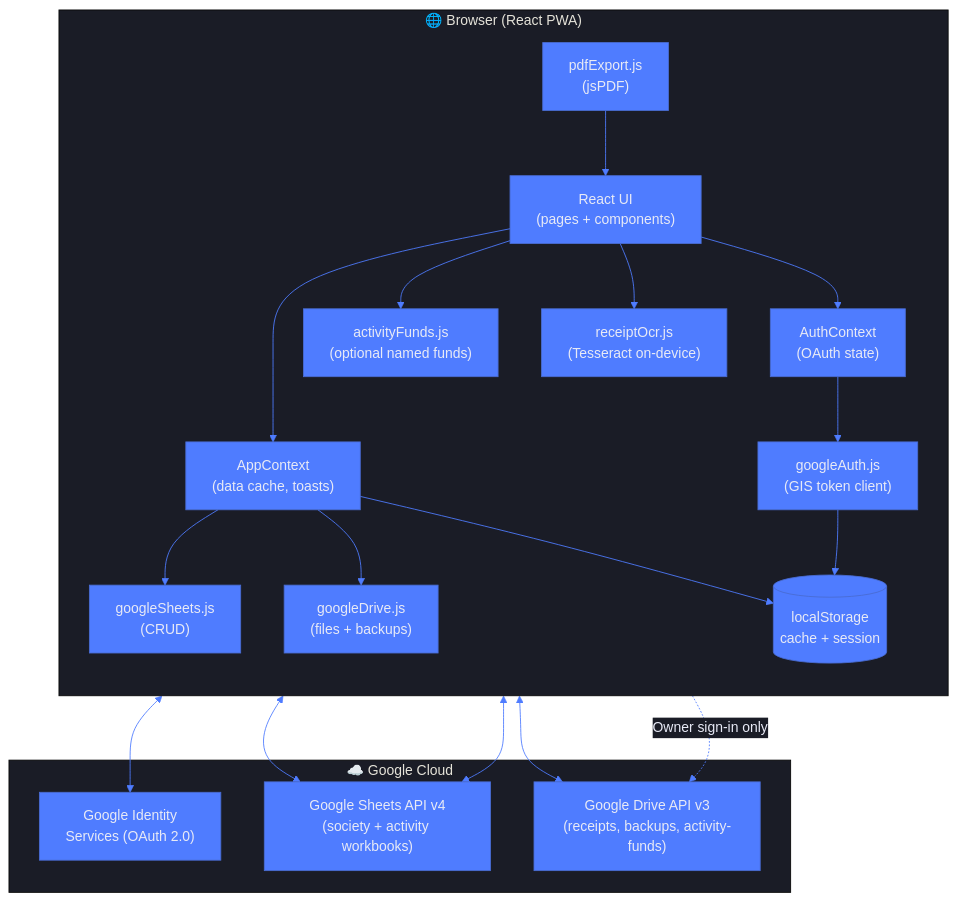
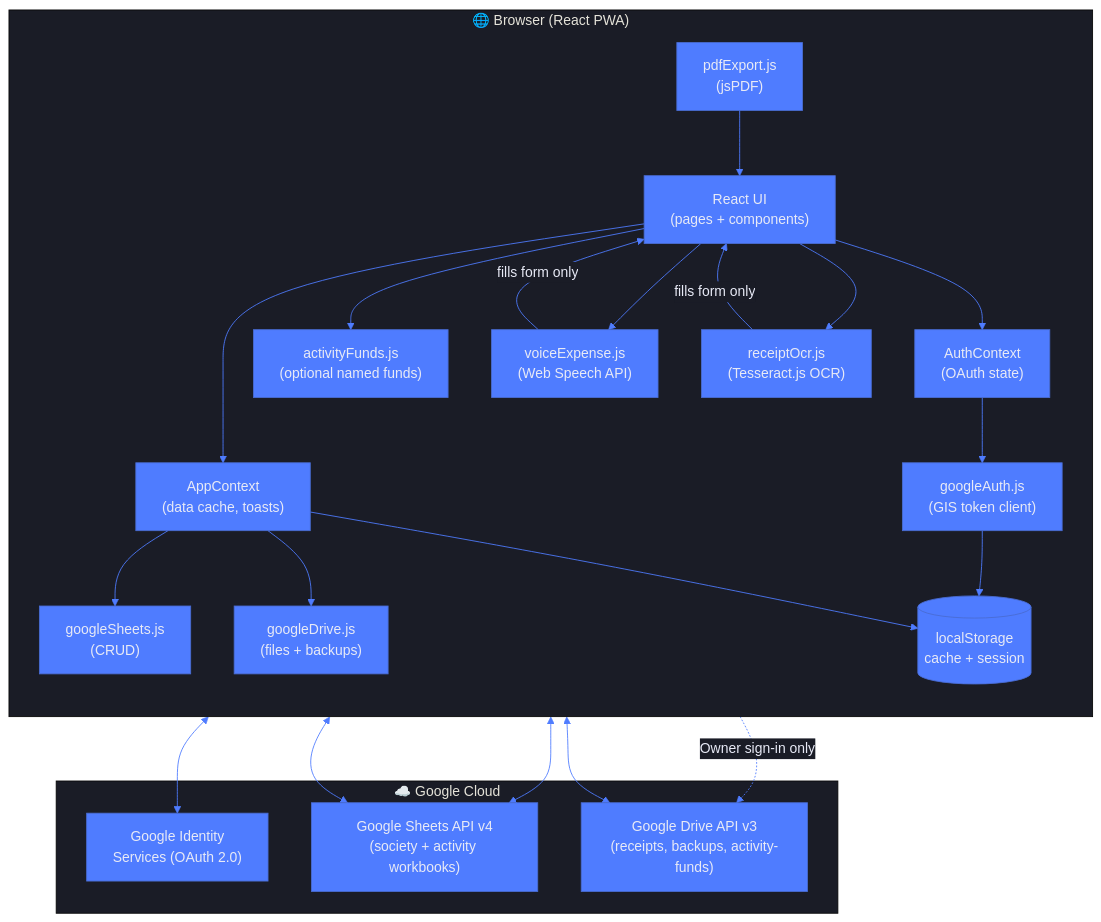
Before and after one commit to theprideoftirumala/AppartmentApp: the first of 8 diagrams in Explanation.md, drawn with Mermaid. The commit also changed other lines of this file and 10 other files, not shown here.

First line of the commit message:
Match activity PDFs to monthly reports and document on-device voice and OCR.

````diff
--- a/Explanation.md
+++ b/Explanation.md
@@ -13,39 +14,43 @@
 ```mermaid
 %%{init: {'theme': 'base', 'themeVariables': {'primaryColor': '#4f7cff', 'edgeLabelBackground': '#1a1c26', 'tertiaryColor': '#1a1c26', 'background': '#0d0f17', 'primaryTextColor': '#e8eaf6', 'lineColor': '#4f7cff'}}}%%
 graph TD
     subgraph Browser["🌐 Browser (React PWA)"]
         direction TB
         UI["React UI\n(pages + components)"]
         AUTH_CTX["AuthContext\n(OAuth state)"]
         APP_CTX["AppContext\n(data cache, toasts)"]
         SVC_AUTH["googleAuth.js\n(GIS token client)"]
         SVC_SHEETS["googleSheets.js\n(CRUD)"]
         SVC_DRIVE["googleDrive.js\n(files + backups)"]
         SVC_PDF["pdfExport.js\n(jsPDF)"]
         SVC_ACT["activityFunds.js\n(optional named funds)"]
-        OCR["receiptOcr.js\n(Tesseract on-device)"]
+        VOICE["voiceExpense.js\n(Web Speech API)"]
+        OCR["receiptOcr.js\n(Tesseract.js OCR)"]
         LS[("localStorage\ncache + session")]
     end
 
     subgraph Google["☁️ Google Cloud"]
         OAUTH["Google Identity\nServices (OAuth 2.0)"]
         SHEETS["Google Sheets API v4\n(society + activity workbooks)"]
         DRIVE["Google Drive API v3\n(receipts, backups, activity-funds)"]
     end
 
     UI --> AUTH_CTX
     UI --> APP_CTX
     AUTH_CTX --> SVC_AUTH
     APP_CTX --> SVC_SHEETS
     APP_CTX --> SVC_DRIVE
     UI --> SVC_ACT
+    UI --> VOICE
     UI --> OCR
+    VOICE -->|"fills form only"| UI
+    OCR -->|"fills form only"| UI
     SVC_AUTH <--> OAUTH
     SVC_SHEETS <--> SHEETS
     SVC_ACT <--> SHEETS
     SVC_DRIVE <--> DRIVE
     SVC_AUTH --> LS
     APP_CTX --> LS
     SVC_PDF --> UI
     AUTH_CTX -.->|"Owner sign-in only"| DRIVE
 ```
````
